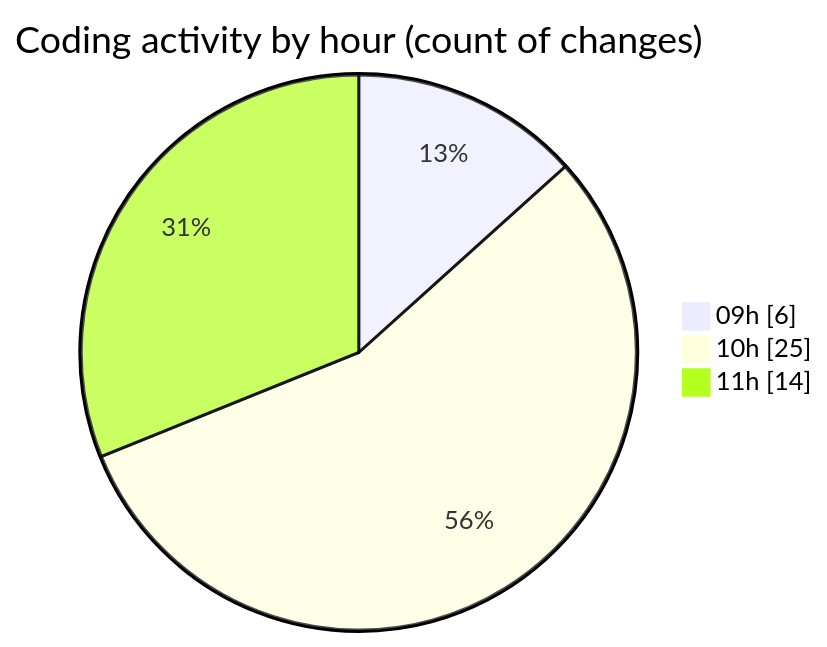
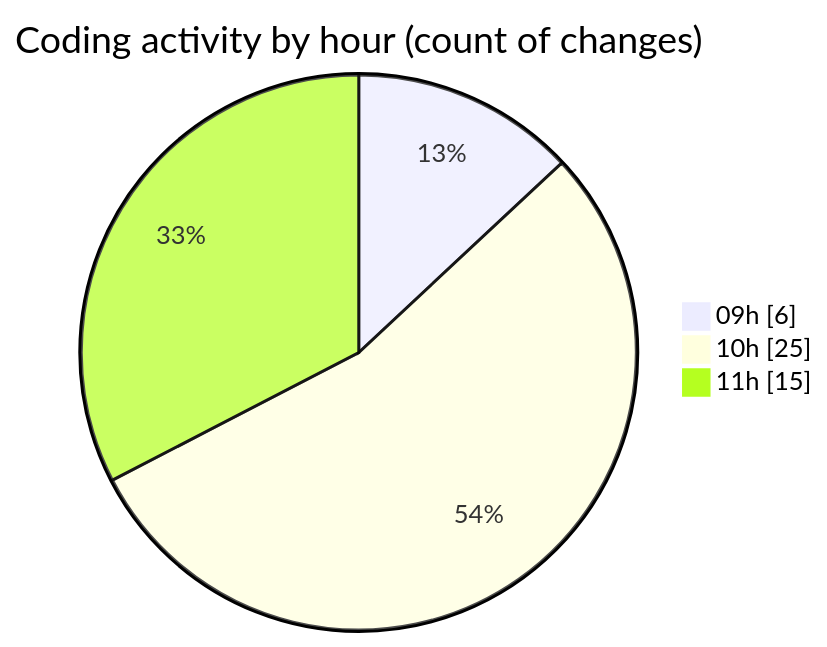
Before and after one commit to momahboobian/code-tracking: the second of 2 diagrams in 2026-10-30/cda/README.md, drawn with Mermaid. The commit also changed other lines of this file and 1 other file, not shown here.

````diff
--- a/2026-10-30/cda/README.md
+++ b/2026-10-30/cda/README.md
@@ -34,7 +34,7 @@
 ```mermaid
 pie showData
 title Coding activity by hour (count of changes)
 "09h" : 6
 "10h" : 25
-"11h" : 14
+"11h" : 15
 ```
````
